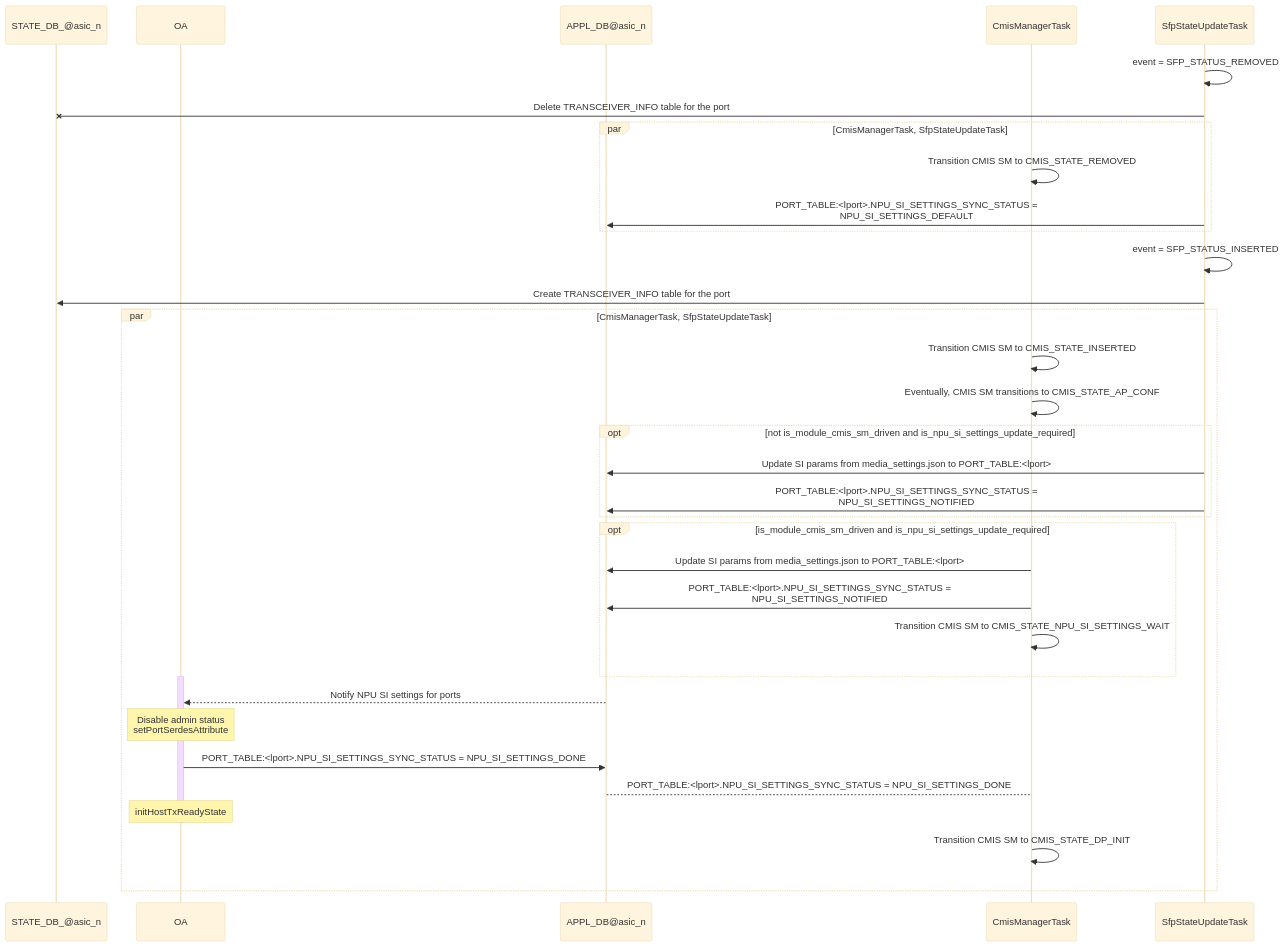
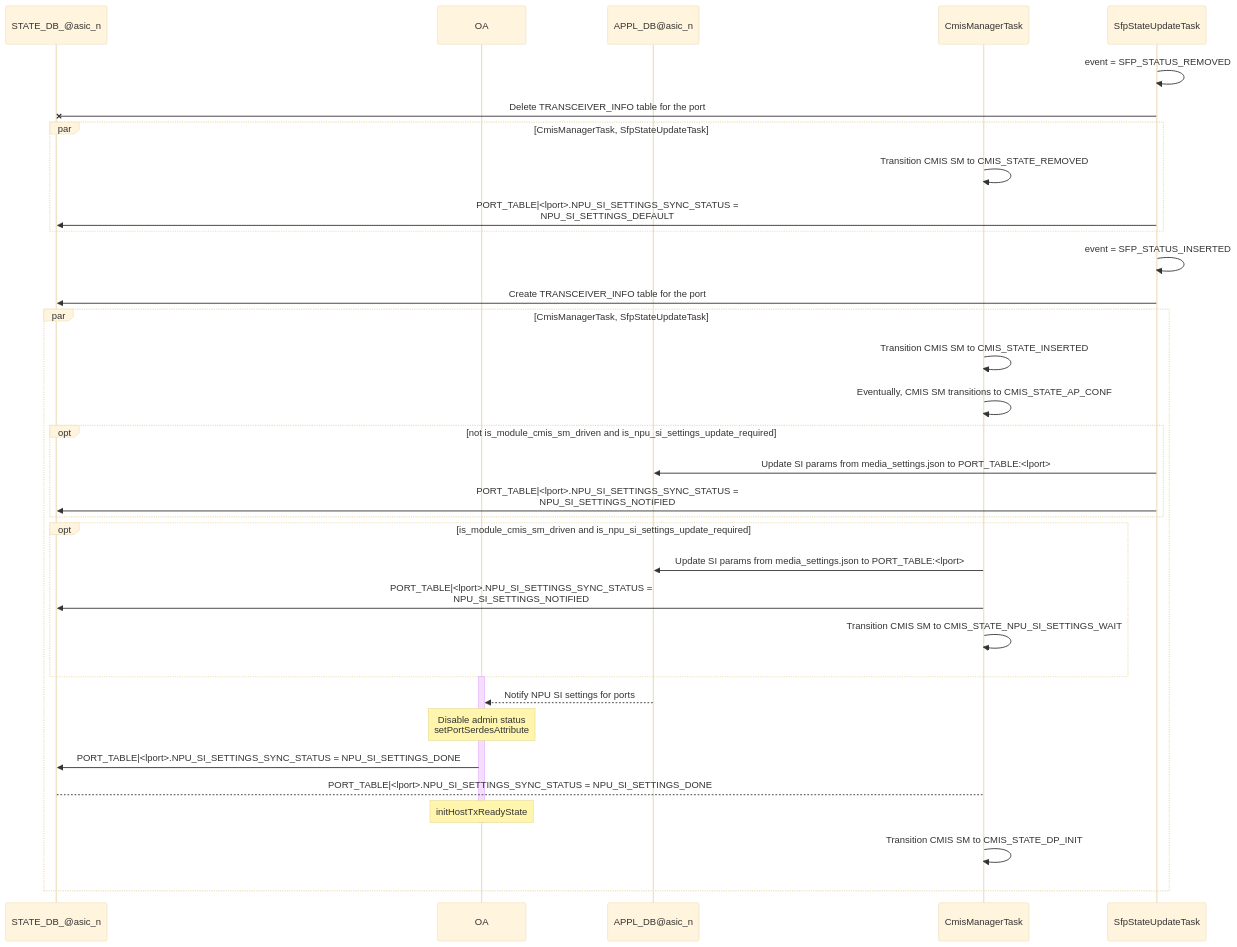
The fourth of 5 diagrams in doc/sfp-cmis/Interface-Link-bring-up-sequence.md (sonic-net/SONiC), drawn with Mermaid (base theme) before and after one commit. The commit also changed other lines of this file, not shown here.

Commit message:
Replaced usage of PORT_TABLE for storing the keys from APPL_DB to STATE_DB

````diff
--- a/doc/sfp-cmis/Interface-Link-bring-up-sequence.md
+++ b/doc/sfp-cmis/Interface-Link-bring-up-sequence.md
@@ -367,39 +364,39 @@
 ```mermaid
 sequenceDiagram
     participant STATE_DB as STATE_DB_@asic_n
     participant OA
     participant APPL_DB as APPL_DB@asic_n
     participant CmisManagerTask
     participant SfpStateUpdateTask
 
     SfpStateUpdateTask ->> SfpStateUpdateTask : event = SFP_STATUS_REMOVED
     SfpStateUpdateTask -x STATE_DB : Delete TRANSCEIVER_INFO table for the port
     par         CmisManagerTask, SfpStateUpdateTask
         CmisManagerTask ->> CmisManagerTask : Transition CMIS SM to CMIS_STATE_REMOVED
-        SfpStateUpdateTask ->> APPL_DB : PORT_TABLE:<lport>.NPU_SI_SETTINGS_SYNC_STATUS = <br> NPU_SI_SETTINGS_DEFAULT
+        SfpStateUpdateTask ->> STATE_DB : PORT_TABLE|<lport>.NPU_SI_SETTINGS_SYNC_STATUS = <br> NPU_SI_SETTINGS_DEFAULT
     end
 
     SfpStateUpdateTask ->> SfpStateUpdateTask : event = SFP_STATUS_INSERTED
     SfpStateUpdateTask ->> STATE_DB : Create TRANSCEIVER_INFO table for the port
     par CmisManagerTask, SfpStateUpdateTask
         CmisManagerTask ->> CmisManagerTask : Transition CMIS SM to CMIS_STATE_INSERTED
         CmisManagerTask ->> CmisManagerTask : Eventually, CMIS SM transitions to CMIS_STATE_AP_CONF
         opt not is_module_cmis_sm_driven and is_npu_si_settings_update_required
           SfpStateUpdateTask ->> APPL_DB: Update SI params from media_settings.json to PORT_TABLE:<lport>
-          SfpStateUpdateTask ->> APPL_DB: PORT_TABLE:<lport>.NPU_SI_SETTINGS_SYNC_STATUS = <br> NPU_SI_SETTINGS_NOTIFIED
+          SfpStateUpdateTask ->> STATE_DB: PORT_TABLE|<lport>.NPU_SI_SETTINGS_SYNC_STATUS = <br> NPU_SI_SETTINGS_NOTIFIED
         end
         opt is_module_cmis_sm_driven and is_npu_si_settings_update_required
           CmisManagerTask ->> APPL_DB: Update SI params from media_settings.json to PORT_TABLE:<lport>
-          CmisManagerTask ->> APPL_DB: PORT_TABLE:<lport>.NPU_SI_SETTINGS_SYNC_STATUS = <br> NPU_SI_SETTINGS_NOTIFIED
+          CmisManagerTask ->> STATE_DB: PORT_TABLE|<lport>.NPU_SI_SETTINGS_SYNC_STATUS = <br> NPU_SI_SETTINGS_NOTIFIED
           CmisManagerTask ->> CmisManagerTask : Transition CMIS SM to CMIS_STATE_NPU_SI_SETTINGS_WAIT
         end
         activate OA
         APPL_DB -->> OA: Notify NPU SI settings for ports
         Note over OA: Disable admin status<br>setPortSerdesAttribute
-        OA ->> APPL_DB: PORT_TABLE:<lport>.NPU_SI_SETTINGS_SYNC_STATUS = NPU_SI_SETTINGS_DONE
-        APPL_DB --> CmisManagerTask: PORT_TABLE:<lport>.NPU_SI_SETTINGS_SYNC_STATUS = NPU_SI_SETTINGS_DONE
+        OA ->> STATE_DB: PORT_TABLE|<lport>.NPU_SI_SETTINGS_SYNC_STATUS = NPU_SI_SETTINGS_DONE
+        STATE_DB --> CmisManagerTask: PORT_TABLE|<lport>.NPU_SI_SETTINGS_SYNC_STATUS = NPU_SI_SETTINGS_DONE
         Note over OA: initHostTxReadyState
         deactivate OA
         CmisManagerTask ->> CmisManagerTask : Transition CMIS SM to CMIS_STATE_DP_INIT
     end
 ```
````
